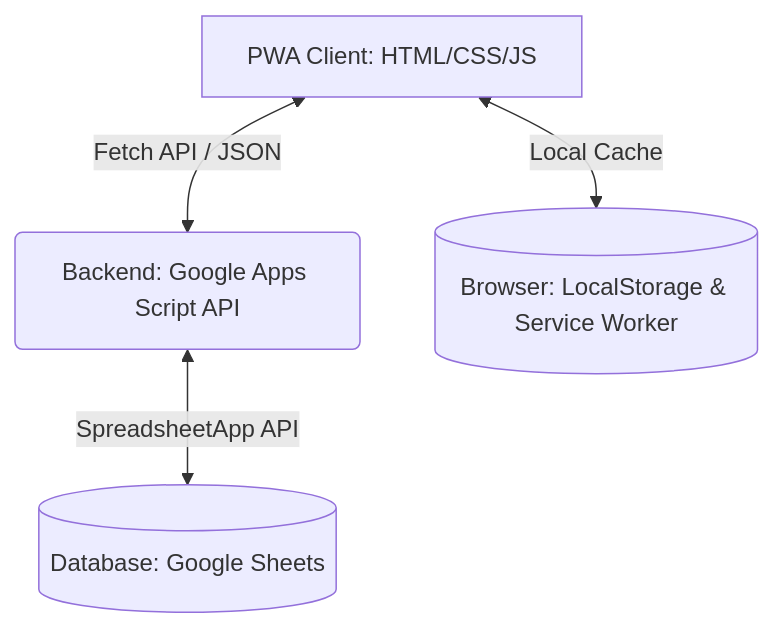
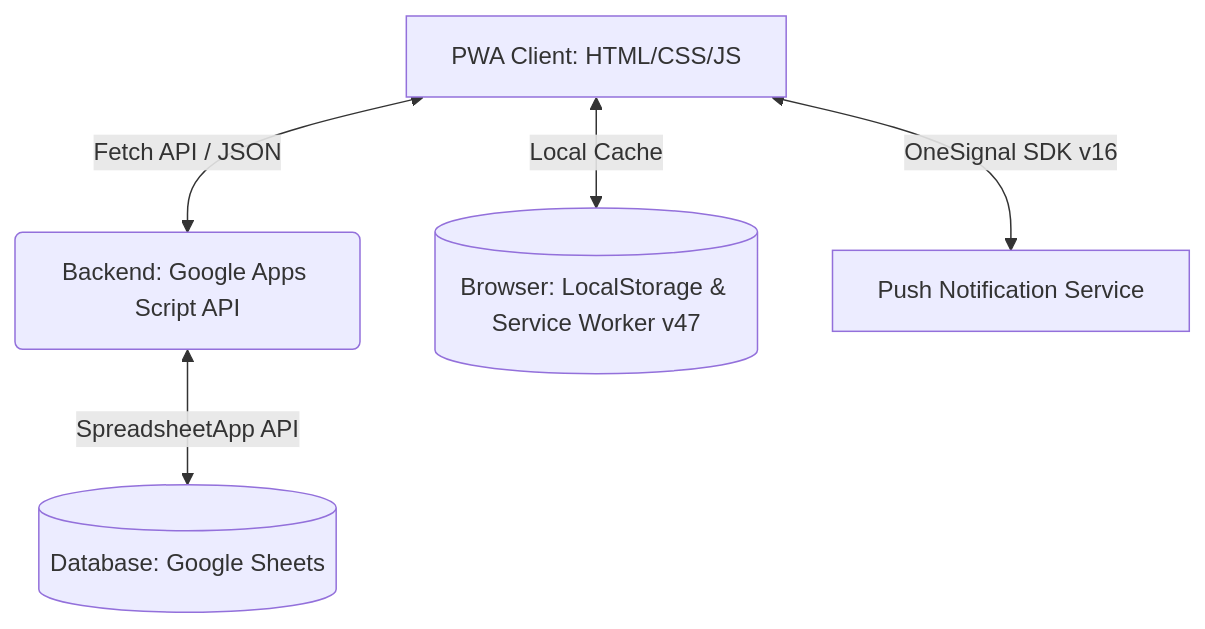
Before and after one commit to merkelvit-sys/booking-Add: the first of 3 diagrams in README.md, drawn with Mermaid. The commit also changed other lines of this file, not shown here.

First line of the commit message:
Enhance README with OneSignal and architecture updates

````diff
--- a/README.md
+++ b/README.md
@@ -15,6 +15,7 @@
 ```mermaid
 graph TD
     A[PWA Client: HTML/CSS/JS] <-->|Fetch API / JSON| B(Backend: Google Apps Script API)
     B <-->|SpreadsheetApp API| C[(Database: Google Sheets)]
-    A <-->|Local Cache| D[(Browser: LocalStorage & Service Worker)]
+    A <-->|Local Cache| D[(Browser: LocalStorage & Service Worker v47)]
+    A <-->|OneSignal SDK v16| E[Push Notification Service]
 ```
````
